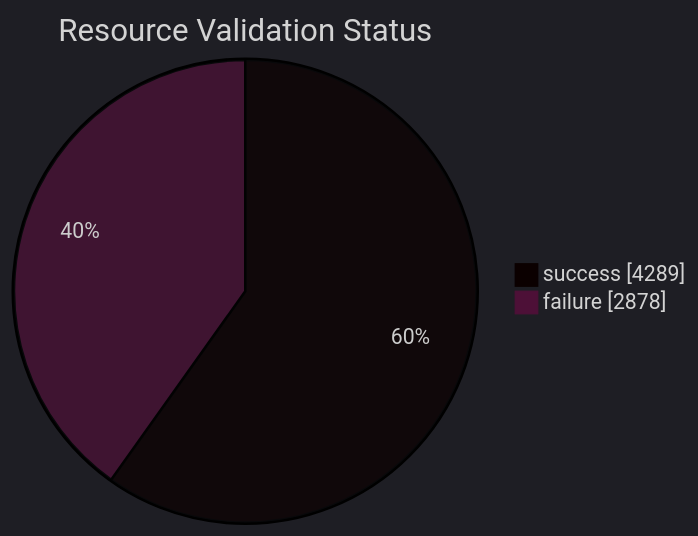
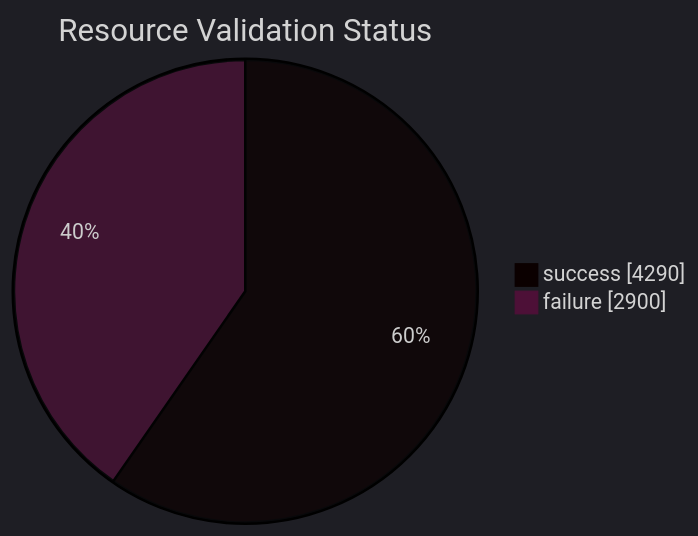
One commit to open-data/analytics-corporate-reporting changed the diagram in datastore_tracker/resource_validation_status_pie_chart.md. Above: the diagram before and after it, drawn with Mermaid. The commit also changed 9 other files, not shown here.

````diff
--- a/datastore_tracker/resource_validation_status_pie_chart.md
+++ b/datastore_tracker/resource_validation_status_pie_chart.md
@@ -2,9 +2,9 @@
 ```mermaid
 ---
 config:
   theme: dark
 ---
 pie showData title Resource Validation Status
-    "success": 4289
-    "failure": 2878
+    "success": 4290
+    "failure": 2900
 ```
````
